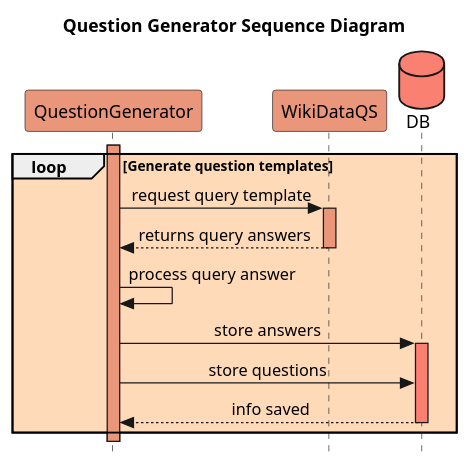
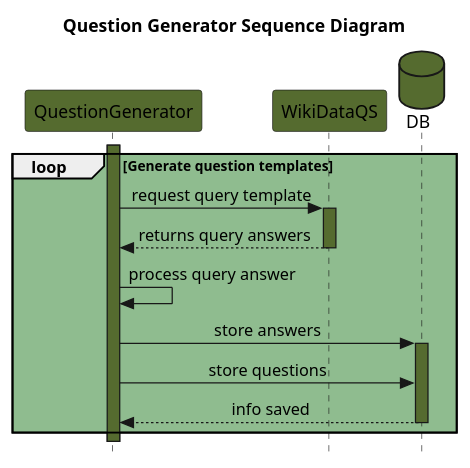
The diagram in docs/diagrams/sequence/SequenceDiagramQuestionGeneration.puml (Arquisoft/wiq_en2b), drawn with PlantUML before and after one commit.

Commit message:
docs: changed color

```diff
--- a/docs/diagrams/sequence/SequenceDiagramQuestionGeneration.puml
+++ b/docs/diagrams/sequence/SequenceDiagramQuestionGeneration.puml
@@ -1,24 +1,24 @@
 @startuml question generator
 title Question Generator Sequence Diagram
-participant QuestionGenerator #darksalmon
-participant WikiDataQS #darksalmon
-database DB #salmon
+participant QuestionGenerator #darkolivegreen
+participant WikiDataQS #darkolivegreen
+database DB #darkolivegreen
 skinparam Style strictuml
 skinparam SequenceMessageAlignment center
 
-loop #PeachPuff Generate question templates
-activate QuestionGenerator #darksalmon
+loop #darkseagreen Generate question templates
+activate QuestionGenerator #darkolivegreen
 QuestionGenerator -> WikiDataQS  : request query template
-activate WikiDataQS #darksalmon
+activate WikiDataQS #darkolivegreen
 QuestionGenerator <-- WikiDataQS  : returns query answers
 deactivate WikiDataQS
 QuestionGenerator -> QuestionGenerator  : process query answer
 QuestionGenerator -> DB  : store answers
-activate DB #salmon
+activate DB #darkolivegreen
 QuestionGenerator -> DB  : store questions
 DB --> QuestionGenerator  :  info saved
 deactivate DB
 end loop
 
 deactivate QuestionGenerator
 @enduml
```
